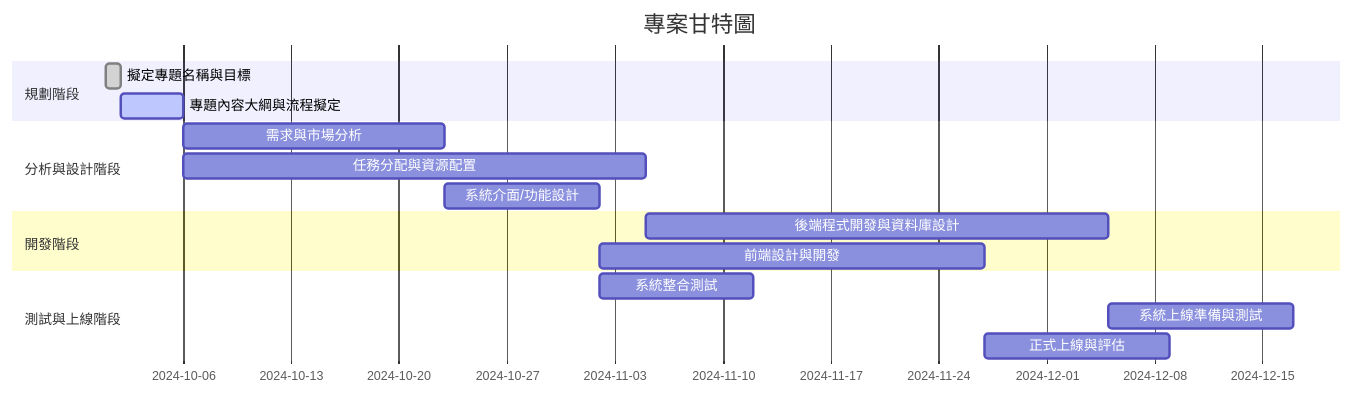
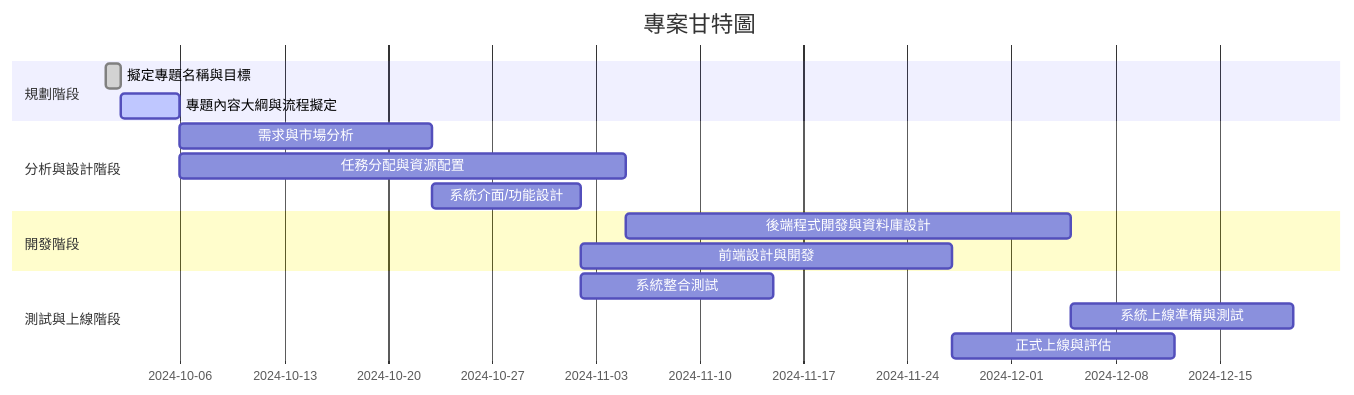
One commit to zoeyyy-93/113_CourseTopics changed the second of 2 diagrams in README.md. Above: the diagram before and after it, drawn with Mermaid.

````diff
--- a/README.md
+++ b/README.md
@@ -32,22 +32,22 @@
 ```mermaid
 gantt
     title 專案甘特圖
     dateFormat  YYYY-MM-DD
     section 規劃階段
     擬定專題名稱與目標        :done,    a1, 2024-010-01, 1d
     專題內容大綱與流程擬定        :active,  a2, after a1, 4d
 
     section 分析與設計階段
     需求與市場分析           :         a3, after a2, 17d
     任務分配與資源配置        :        a4, after a2, 30d
     系統介面/功能設計                :       a5, after a3, 10d
 
     section 開發階段
     後端程式開發與資料庫設計      :        a6, after a4, 30d
     前端設計與開發           :        a7, after a5, 25d
 
     section 測試與上線階段
-    系統整合測試            :        a8, after a5, 10d
-    系統上線準備與測試        :        a9, after a6, 12d
-    正式上線與評估           :        a10, after a7, 12d
+    系統整合測試            :        a8, after a5, 13d
+    系統上線準備與測試        :        a9, after a6, 15d
+    正式上線與評估           :        a10, after a7, 15d
 ```
````
